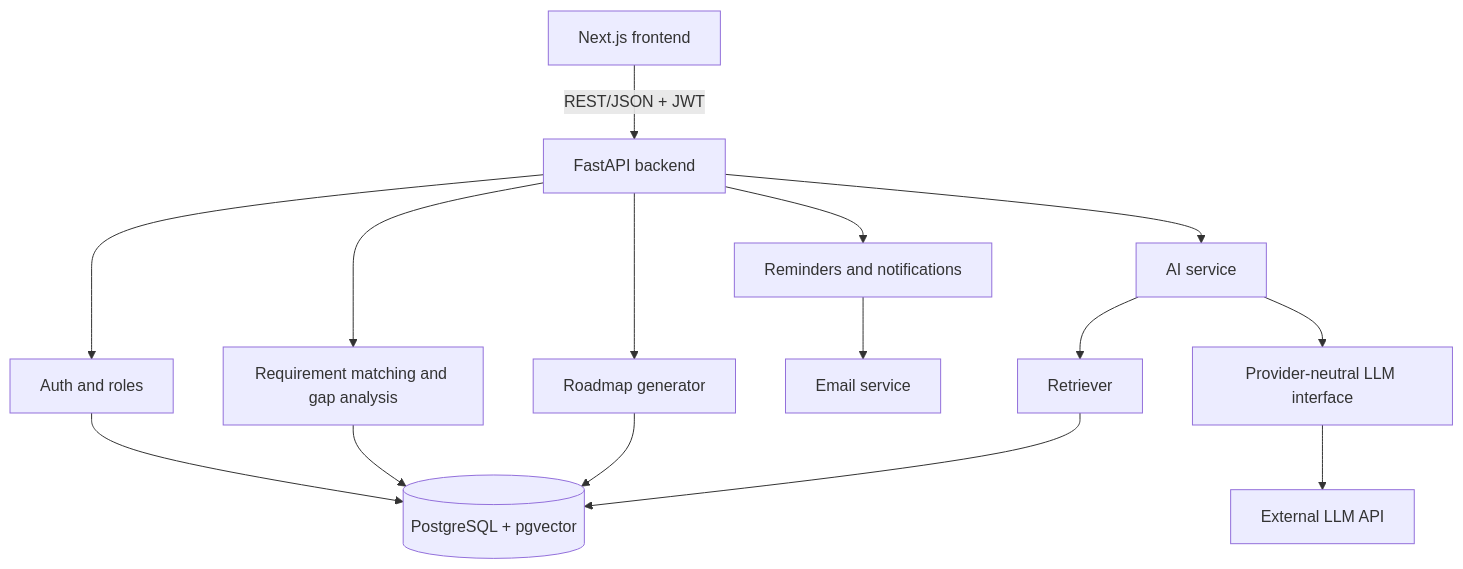
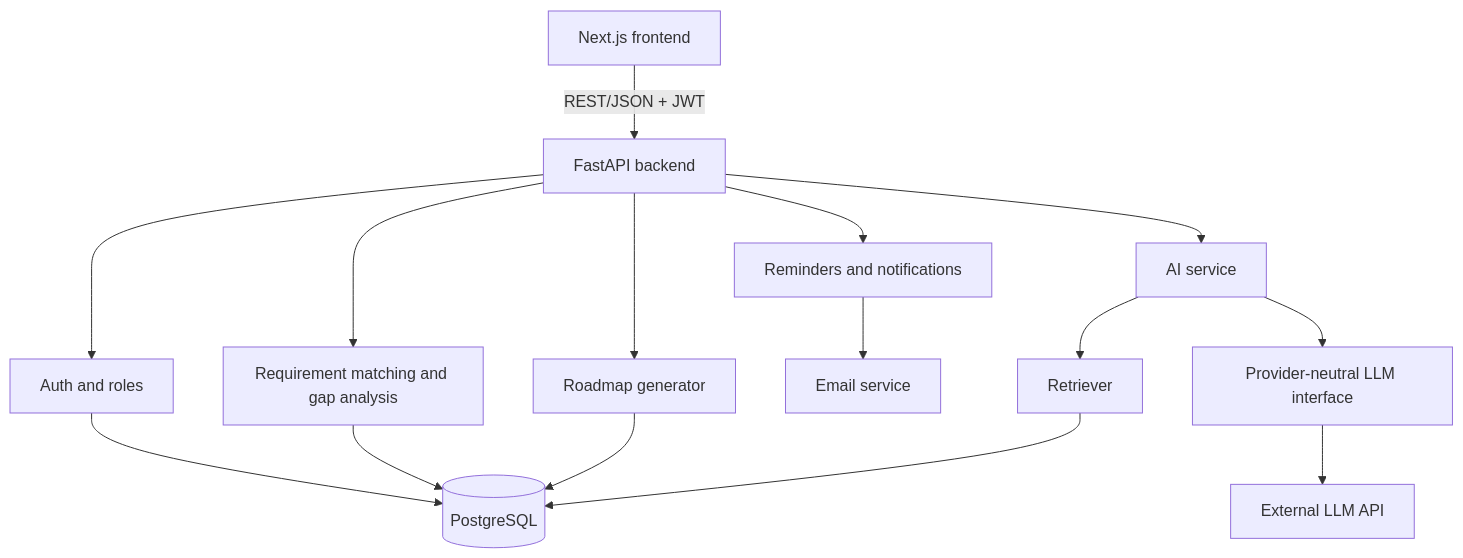
One commit to Arthurmyn/Pathly changed the diagram in diagrams/components.mmd. Above: the diagram before and after it, drawn with Mermaid. The commit also changed 10 other files, not shown here.

First line of the commit message:
DIP-15: Add diagram exports and bring the documents up to date

```diff
--- a/diagrams/components.mmd
+++ b/diagrams/components.mmd
@@ -1,15 +1,15 @@
 flowchart TB
   FE[Next.js frontend] -->|REST/JSON + JWT| API[FastAPI backend]
   API --> AUTH[Auth and roles]
   API --> RULES[Requirement matching and gap analysis]
   API --> RM[Roadmap generator]
   API --> REM[Reminders and notifications]
   API --> AI[AI service]
   AI --> RET[Retriever]
   AI --> LLMI[Provider-neutral LLM interface]
   LLMI --> LLM[External LLM API]
-  RET --> DB[(PostgreSQL + pgvector)]
+  RET --> DB[(PostgreSQL)]
   RULES --> DB
   RM --> DB
   AUTH --> DB
   REM --> EMAIL[Email service]
```
